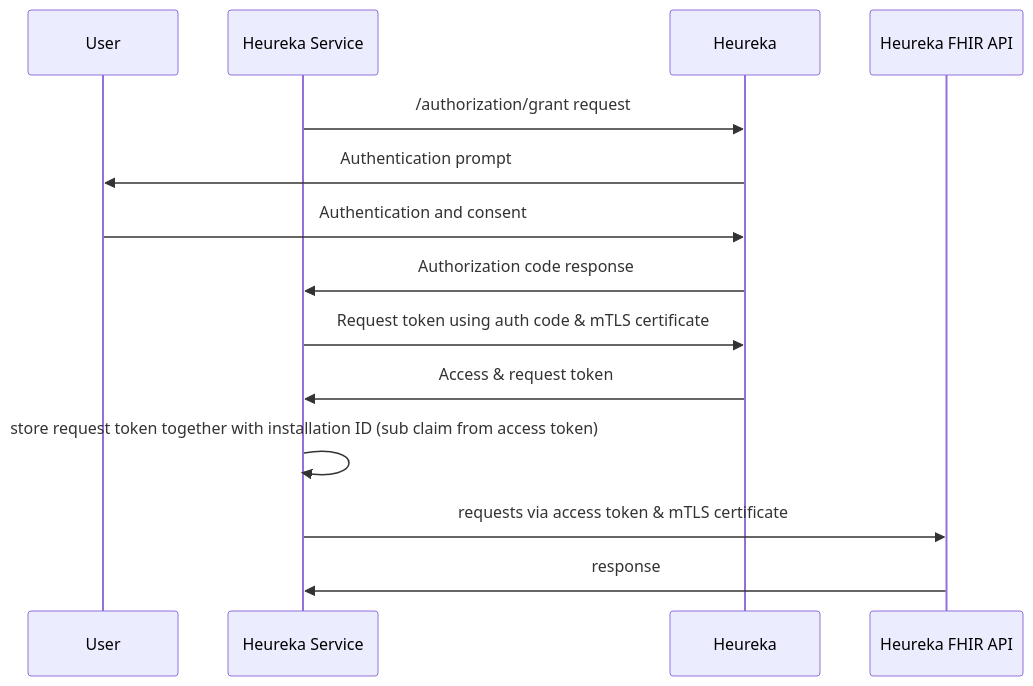
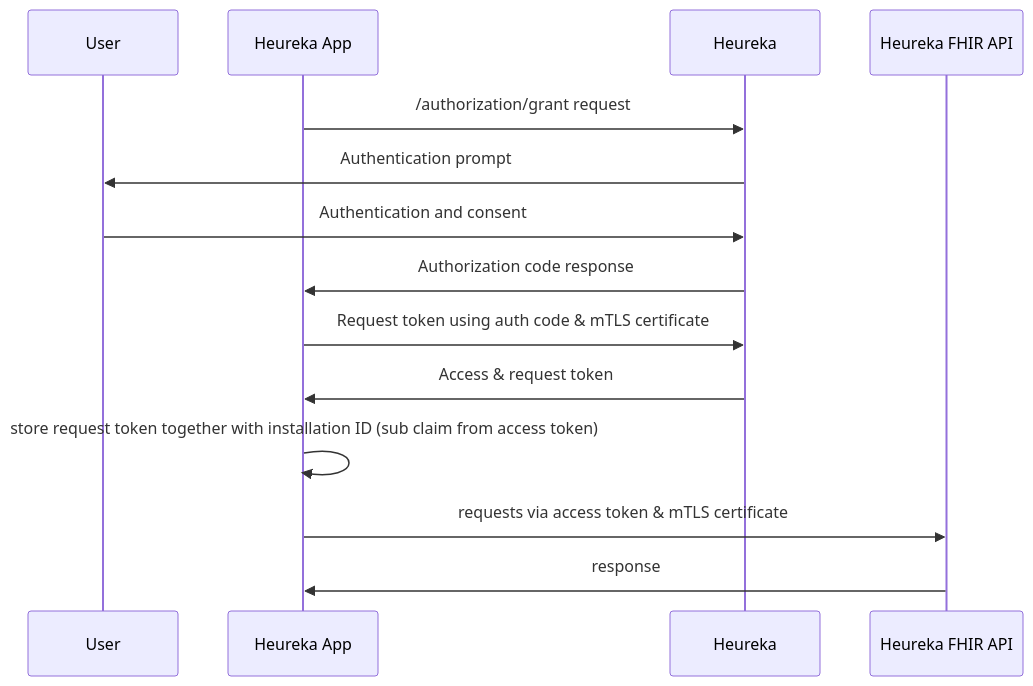
Before and after one commit to heureka-health/docs: the first of 3 diagrams in README.md, drawn with Mermaid. The commit also changed other lines of this file and 1 other file, not shown here.

Commit message:
docs(HRKA-0000): rename service to anwendung

````diff
--- a/README.md
+++ b/README.md
@@ -78,16 +78,16 @@
 ```mermaid
 sequenceDiagram
     participant u as User
-    participant s as Heureka Service
+    participant s as Heureka App
     participant h as Heureka
     participant a as Heureka FHIR API
     s->>h: /authorization/grant request
     h->>u: Authentication prompt
     u->>h: Authentication and consent
     h->>s: Authorization code response
     s->>h: Request token using auth code & mTLS certificate
     h->>s: Access & request token
     s->>s: store request token together with installation ID (sub claim from access token)
     s->>a: requests via access token & mTLS certificate
     a->>s: response
 ```
````
